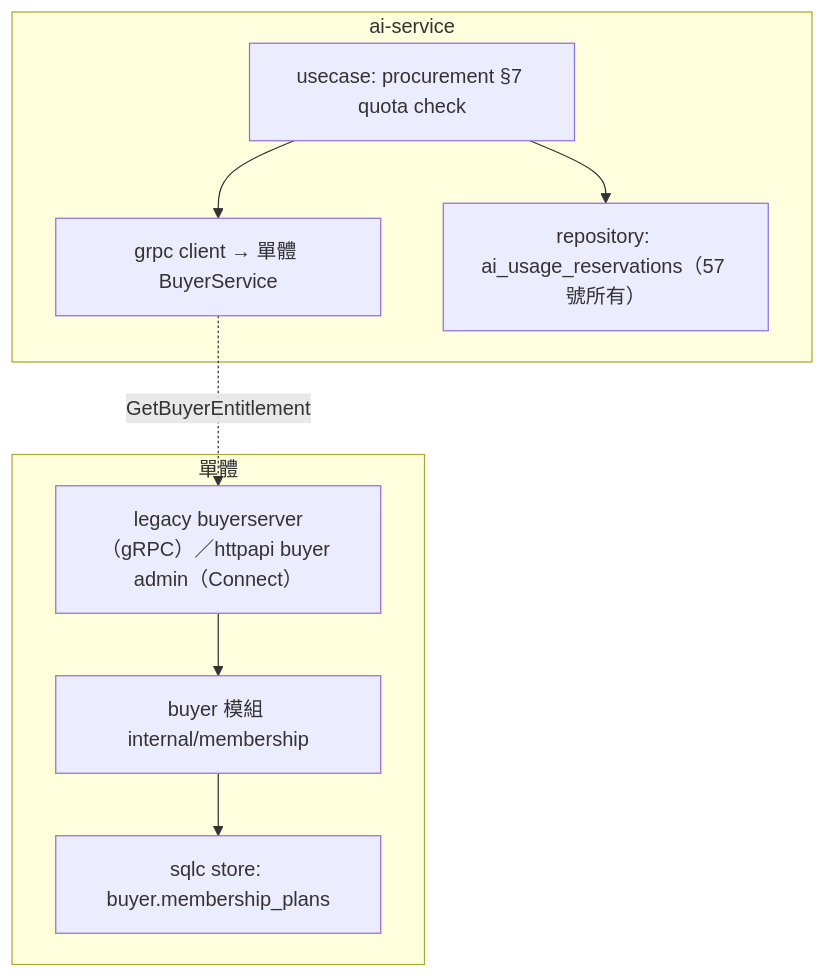
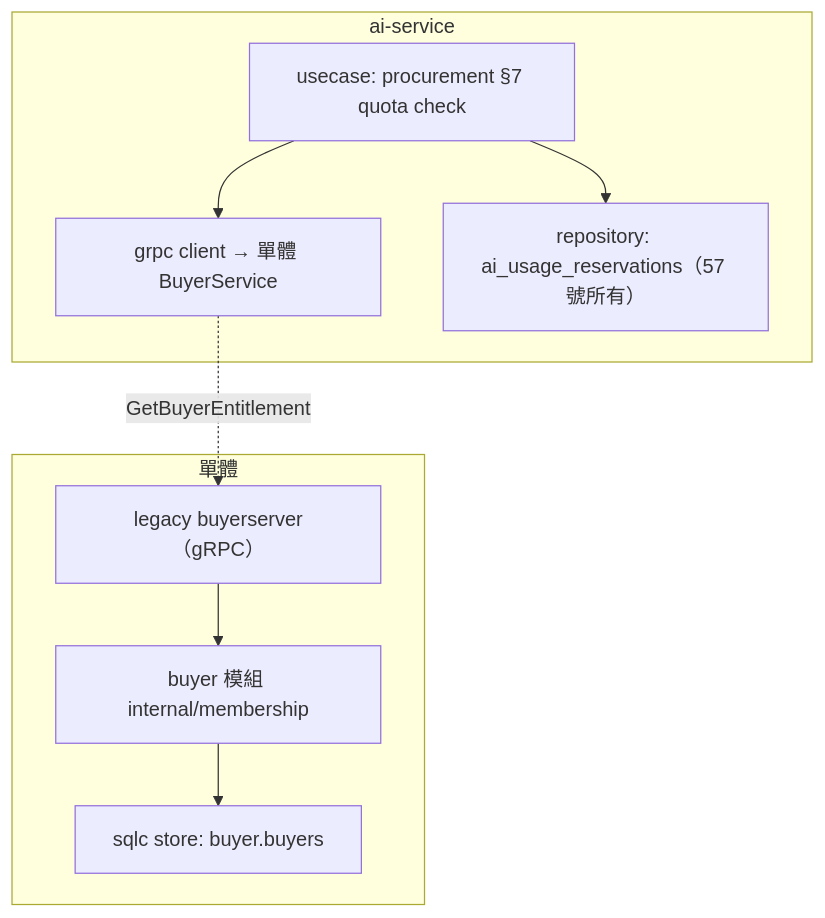
One commit to Will413028/hawkr changed the second of 4 diagrams in backend/docs/詳細設計書/59-買家會員分級與 Agent 額度方案（Buyer Membership & Entitlement）詳細設計書.md. Above: the diagram before and after it, drawn with Mermaid. The commit also changed other lines of this file and 31 other files, not shown here.

First line of the commit message:
refactor(buyer): drop the membership plan model and its admin surface

````diff
--- a/backend/docs/詳細設計書/59-買家會員分級與 Agent 額度方案（Buyer Membership & Entitlement）詳細設計書.md
+++ b/backend/docs/詳細設計書/59-買家會員分級與 Agent 額度方案（Buyer Membership & Entitlement）詳細設計書.md
@@ -99,12 +97,12 @@
 ```mermaid
 flowchart TB
   subgraph bs["單體"]
-    BSH["legacy buyerserver（gRPC）／httpapi buyer admin（Connect）"] --> BSU["buyer 模組 internal/membership"]
-    BSU --> BSR["sqlc store: buyer.membership_plans"]
+    BSH["legacy buyerserver（gRPC）"] --> BSU["buyer 模組 internal/membership"]
+    BSU --> BSR["sqlc store: buyer.buyers"]
   end
   subgraph ai["ai-service"]
     AIU["usecase: procurement §7 quota check"] --> AIC["grpc client → 單體 BuyerService"]
     AIU --> AIR["repository: ai_usage_reservations（57 號所有）"]
   end
   AIC -.->|GetBuyerEntitlement| BSH
 ```
````
